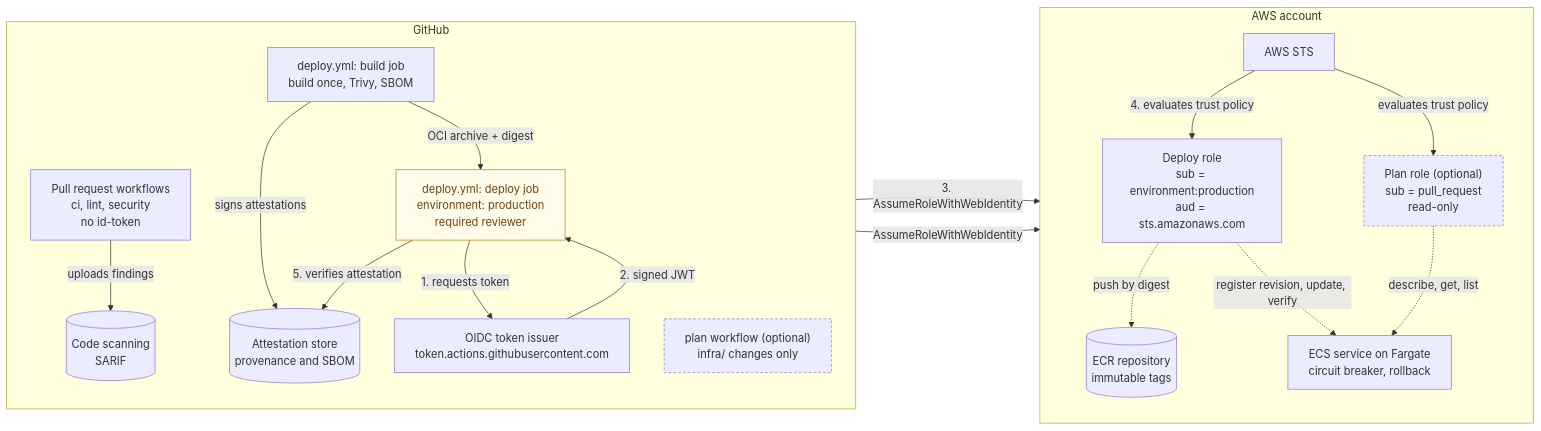
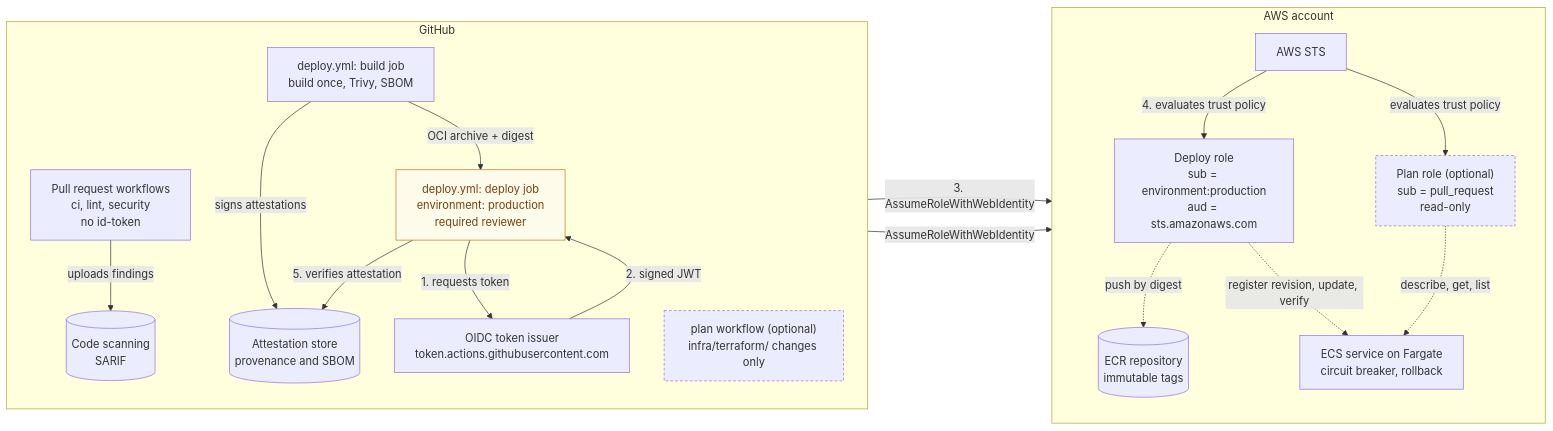
Before and after one commit to gamaware/github-actions-aws-oidc-lab: the diagram in README.md, drawn with Mermaid. The commit also changed other lines of this file and 40 other files, not shown here.

````diff
--- a/README.md
+++ b/README.md
@@ -35,41 +35,41 @@
 ```mermaid
 flowchart LR
     subgraph GH["GitHub"]
         direction TB
         PRW["Pull request workflows<br/>ci, lint, security<br/>no id-token"]
-        PLAN["plan workflow (optional)<br/>infra/ changes only"]
+        PLAN["plan workflow (optional)<br/>infra/terraform/ changes only"]
         BUILD["deploy.yml: build job<br/>build once, Trivy, SBOM"]
         DEPLOY["deploy.yml: deploy job<br/>environment: production<br/>required reviewer"]
         ISSUER["OIDC token issuer<br/>token.actions.githubusercontent.com"]
         ATTEST[("Attestation store<br/>provenance and SBOM")]
         SCAN[("Code scanning<br/>SARIF")]
     end
 
     subgraph AWS["AWS account"]
         direction TB
         STS["AWS STS"]
         ROLE["Deploy role<br/>sub = environment:production<br/>aud = sts.amazonaws.com"]
         PROLE["Plan role (optional)<br/>sub = pull_request<br/>read-only"]
         ECR[("ECR repository<br/>immutable tags")]
         ECS["ECS service on Fargate<br/>circuit breaker, rollback"]
     end
 
     PRW -- "uploads findings" --> SCAN
     BUILD -- "signs attestations" --> ATTEST
     BUILD -- "OCI archive + digest" --> DEPLOY
     DEPLOY -- "1. requests token" --> ISSUER
     ISSUER -- "2. signed JWT" --> DEPLOY
     DEPLOY -- "3. AssumeRoleWithWebIdentity" --> STS
     STS -- "4. evaluates trust policy" --> ROLE
     DEPLOY -- "5. verifies attestation" --> ATTEST
     ROLE -. "push by digest" .-> ECR
     ROLE -. "register revision, update, verify" .-> ECS
     PLAN -- "AssumeRoleWithWebIdentity" --> STS
     STS -- "evaluates trust policy" --> PROLE
     PROLE -. "describe, get, list" .-> ECS
 
     classDef gate fill:#fffbea,stroke:#b7791f,color:#744210;
     classDef optional stroke-dasharray: 4 3;
     class DEPLOY gate;
     class PLAN,PROLE optional;
 ```
````
